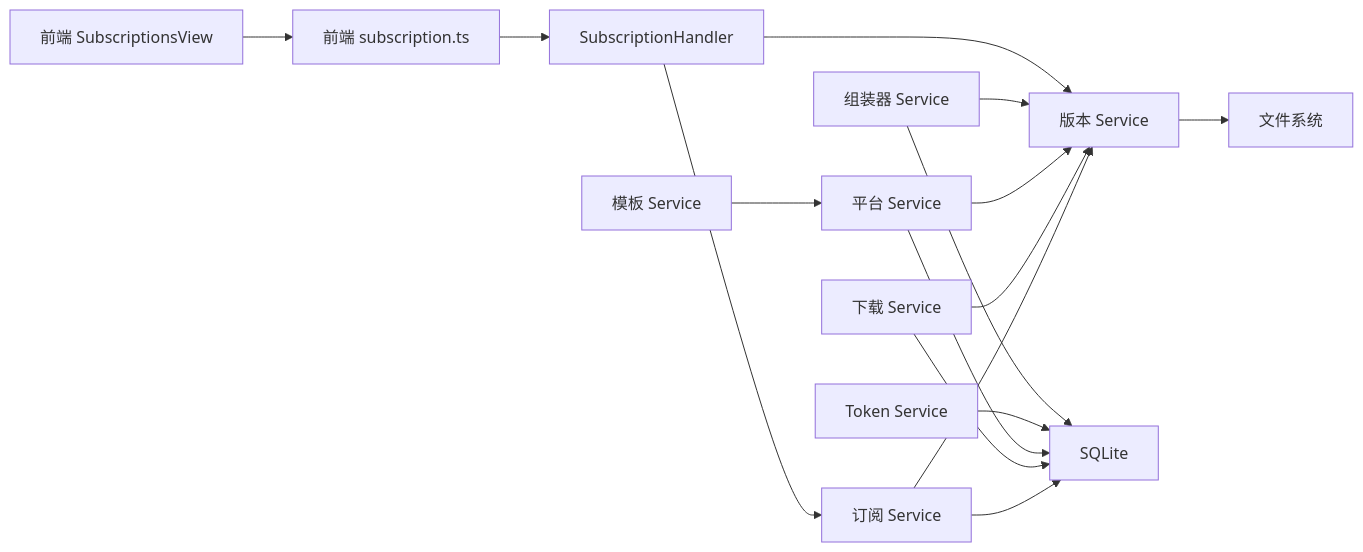
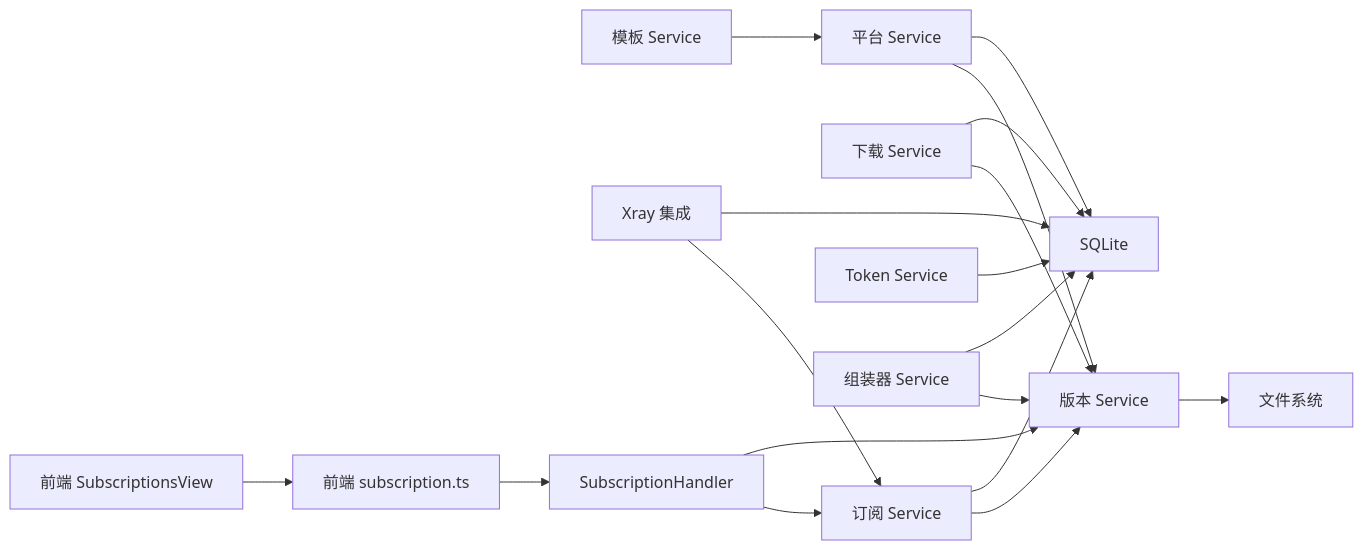
The ninth of 9 diagrams in .qoder/repowiki/zh/content/核心功能模块/订阅管理系统.md (AlcaProphet/VPN-Subscription-Management), drawn with Mermaid before and after one commit. The commit also changed other lines of this file and 109 other files, not shown here.

````diff
--- a/.qoder/repowiki/zh/content/核心功能模块/订阅管理系统.md
+++ b/.qoder/repowiki/zh/content/核心功能模块/订阅管理系统.md
@@ -394,18 +439,20 @@
 ```mermaid
 graph LR
 Sub["订阅 Service"] --> Ver["版本 Service"]
 Sub --> DB["SQLite"]
 Ver --> FS["文件系统"]
 DL["下载 Service"] --> Ver
 DL --> DB
 Plat["平台 Service"] --> Ver
 Plat --> DB
 Tok["Token Service"] --> DB
 Asm["组装器 Service"] --> Ver
 Asm --> DB
 Template["模板 Service"] --> Plat
+Xray["Xray 集成"] --> Sub
+Xray --> DB
 FE["前端 SubscriptionsView"] --> API["前端 subscription.ts"]
 API --> Srv["SubscriptionHandler"]
 Srv --> Sub
 Srv --> Ver
 ```
````
